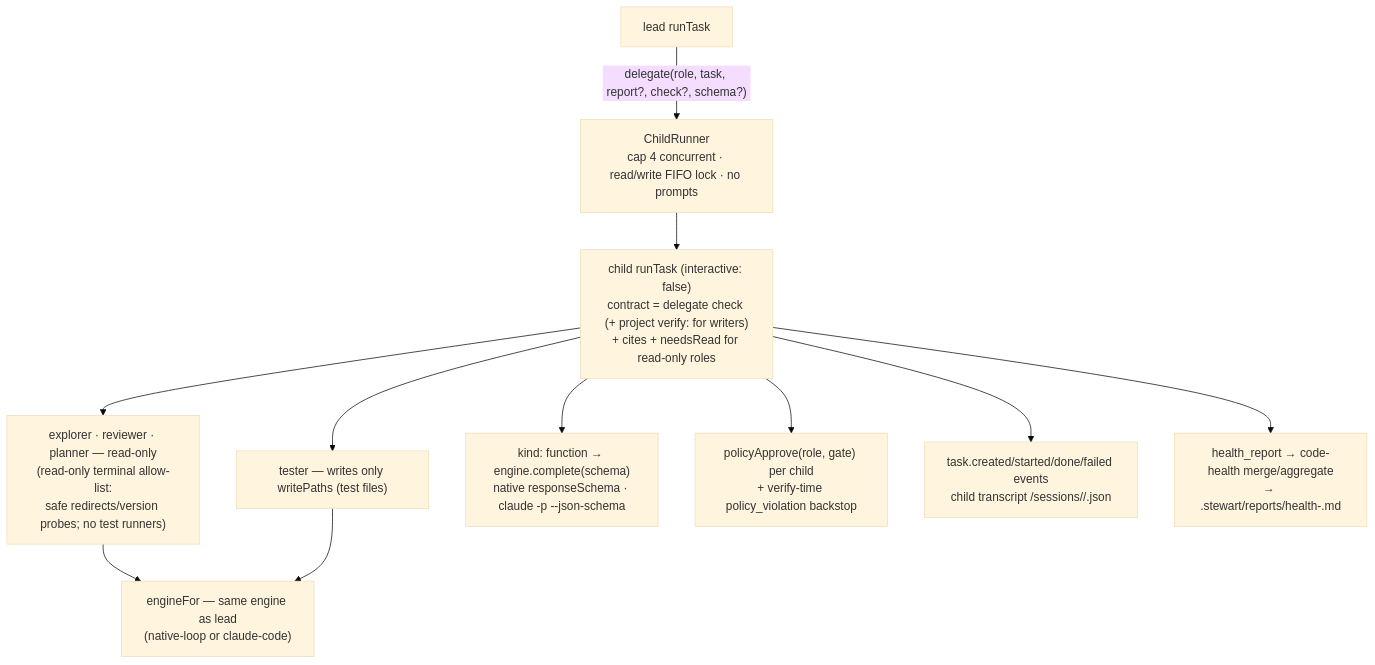
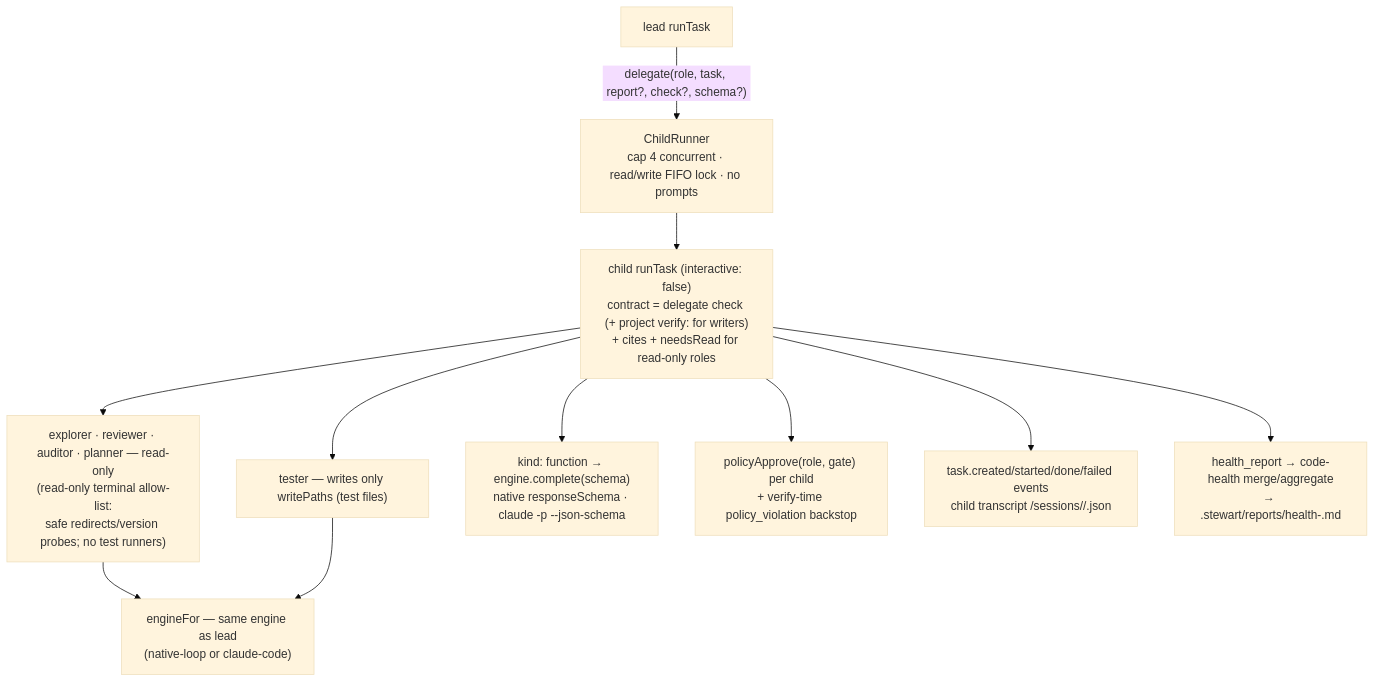
Before and after one commit to GDBryant/Stewart: the fourth of 4 diagrams in docs/ARCHITECTURE_DIAGRAM.md, drawn with Mermaid (base theme). The commit also changed 12 other files, not shown here.

````diff
--- a/docs/ARCHITECTURE_DIAGRAM.md
+++ b/docs/ARCHITECTURE_DIAGRAM.md
@@ -90,13 +90,13 @@
 ```mermaid
 flowchart TD
     LEAD["lead runTask"] -->|"delegate(role, task, report?, check?, schema?)"| CR["ChildRunner<br/>cap 4 concurrent · read/write FIFO lock · no prompts"]
     CR --> C["child runTask (interactive: false)<br/>contract = delegate check (+ project verify: for writers)<br/>+ cites + needsRead for read-only roles"]
-    C --> RO["explorer · reviewer · planner — read-only<br/>(read-only terminal allow-list:<br/>safe redirects/version probes; no test runners)"]
+    C --> RO["explorer · reviewer · auditor · planner — read-only<br/>(read-only terminal allow-list:<br/>safe redirects/version probes; no test runners)"]
     C --> TST["tester — writes only writePaths (test files)"]
     C --> FN["kind: function → engine.complete(schema)<br/>native responseSchema · claude -p --json-schema"]
     RO --> ENG2["engineFor — same engine as lead<br/>(native-loop or claude-code)"]
     TST --> ENG2
     C --> POL["policyApprove(role, gate) per child<br/>+ verify-time policy_violation backstop"]
     C --> OUT["task.created/started/done/failed events<br/>child transcript <stateDir>/sessions/<sid>/<taskId>.json"]
     C --> HR["health_report → code-health merge/aggregate<br/>→ .stewart/reports/health-<runId>.md"]
 ```
````
